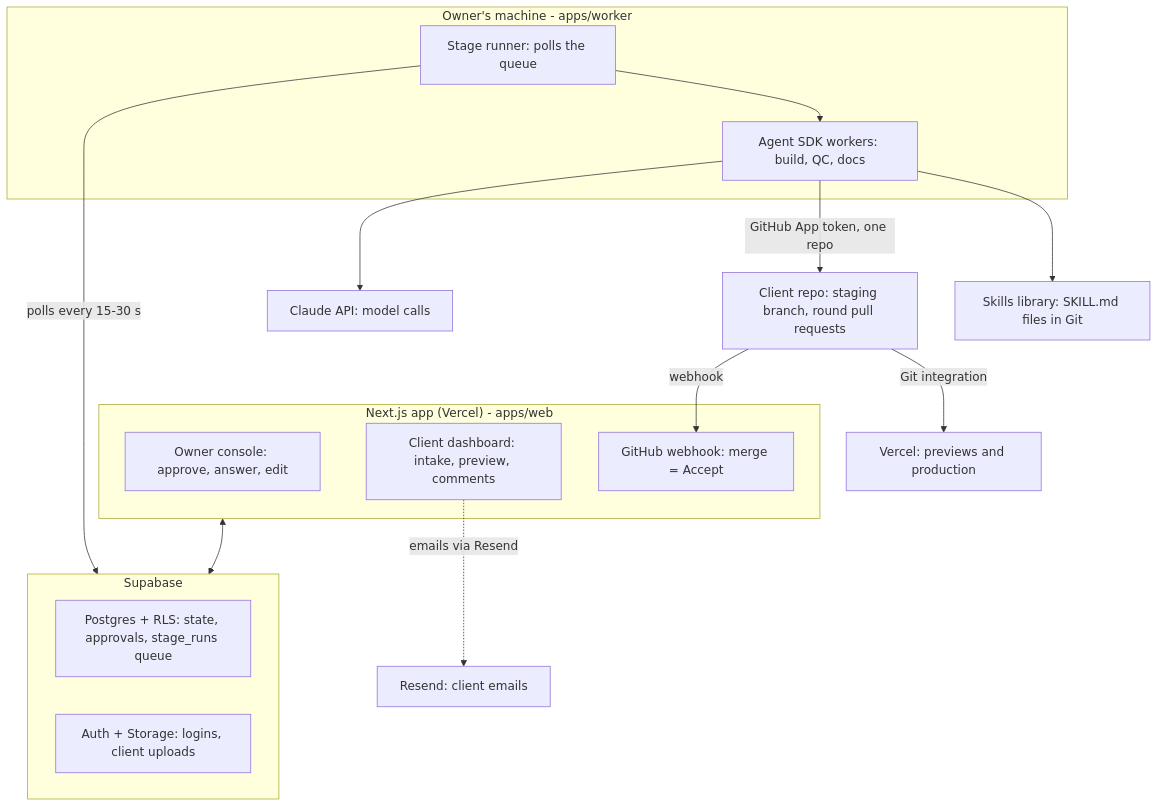
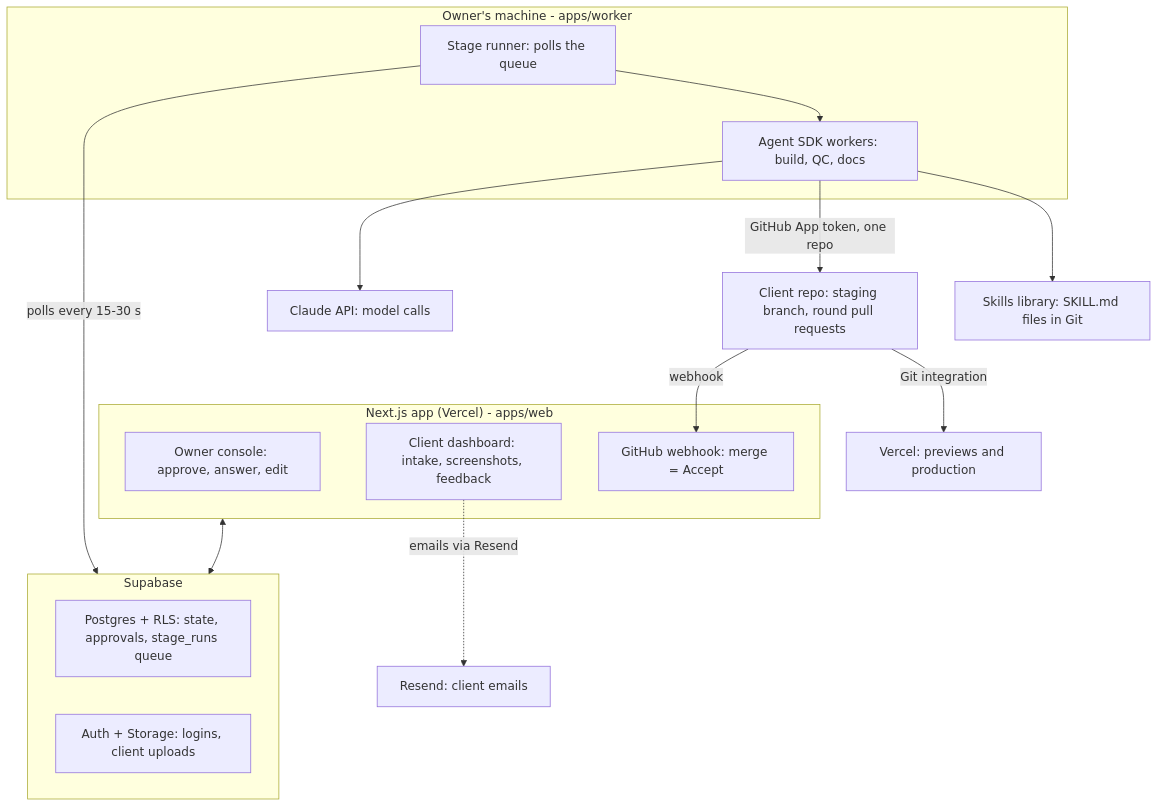
One commit to ajp99/webdev-pipeline-engine changed the diagram in docs/spec/02-architecture.md. Above: the diagram before and after it, drawn with Mermaid. The commit also changed other lines of this file and 24 other files, not shown here.

````diff
--- a/docs/spec/02-architecture.md
+++ b/docs/spec/02-architecture.md
@@ -7,25 +7,25 @@
 ```mermaid
 flowchart TB
   subgraph vercel["Next.js app (Vercel) - apps/web"]
     owner["Owner console: approve, answer, edit"]
-    client["Client dashboard: intake, preview, comments"]
+    client["Client dashboard: intake, screenshots, feedback"]
     hook["GitHub webhook: merge = Accept"]
   end
   subgraph supabase["Supabase"]
     pg["Postgres + RLS: state, approvals, stage_runs queue"]
     auth["Auth + Storage: logins, client uploads"]
   end
   subgraph machine["Owner's machine - apps/worker"]
     runner["Stage runner: polls the queue"]
     workers["Agent SDK workers: build, QC, docs"]
   end
   vercel <--> supabase
   runner -->|"polls every 15-30 s"| supabase
   runner --> workers
   workers --> skills["Skills library: SKILL.md files in Git"]
   workers -->|"GitHub App token, one repo"| repo["Client repo: staging branch, round pull requests"]
   workers --> api["Claude API: model calls"]
   repo -->|"Git integration"| deploy["Vercel: previews and production"]
   repo -->|"webhook"| hook
   client -.->|"emails via Resend"| mail["Resend: client emails"]
 ```
````
